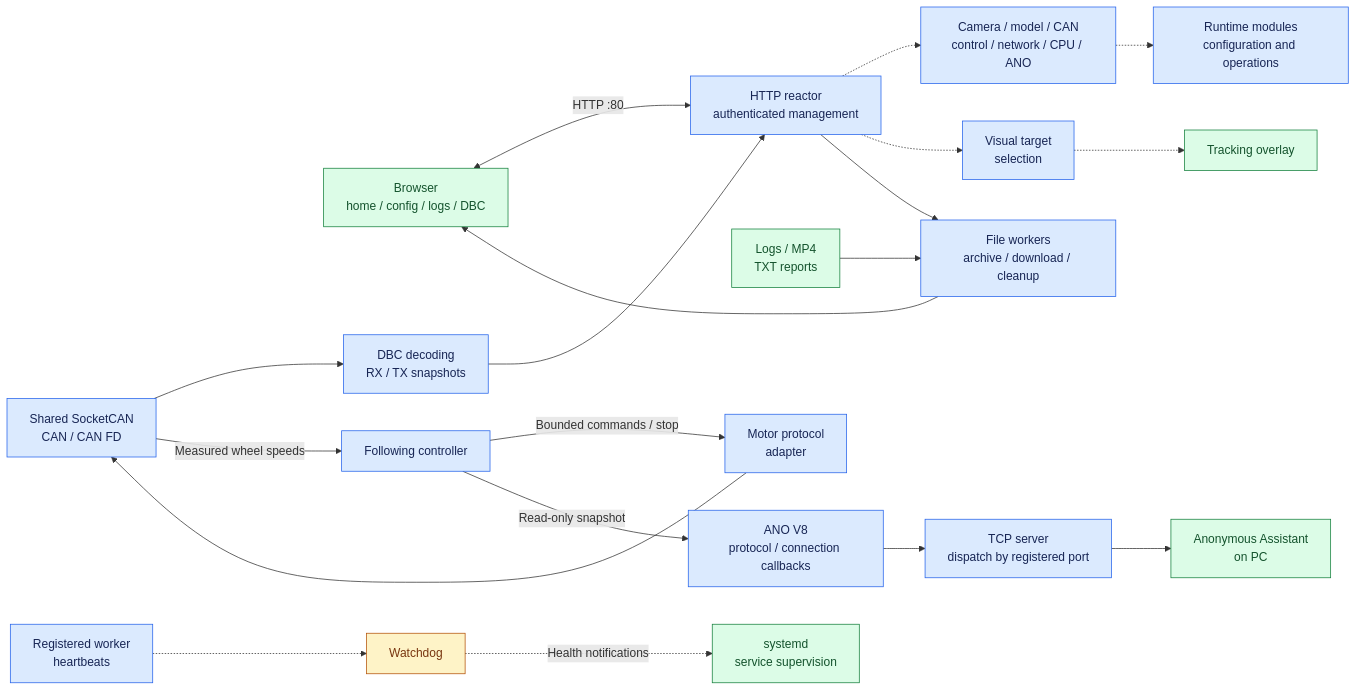
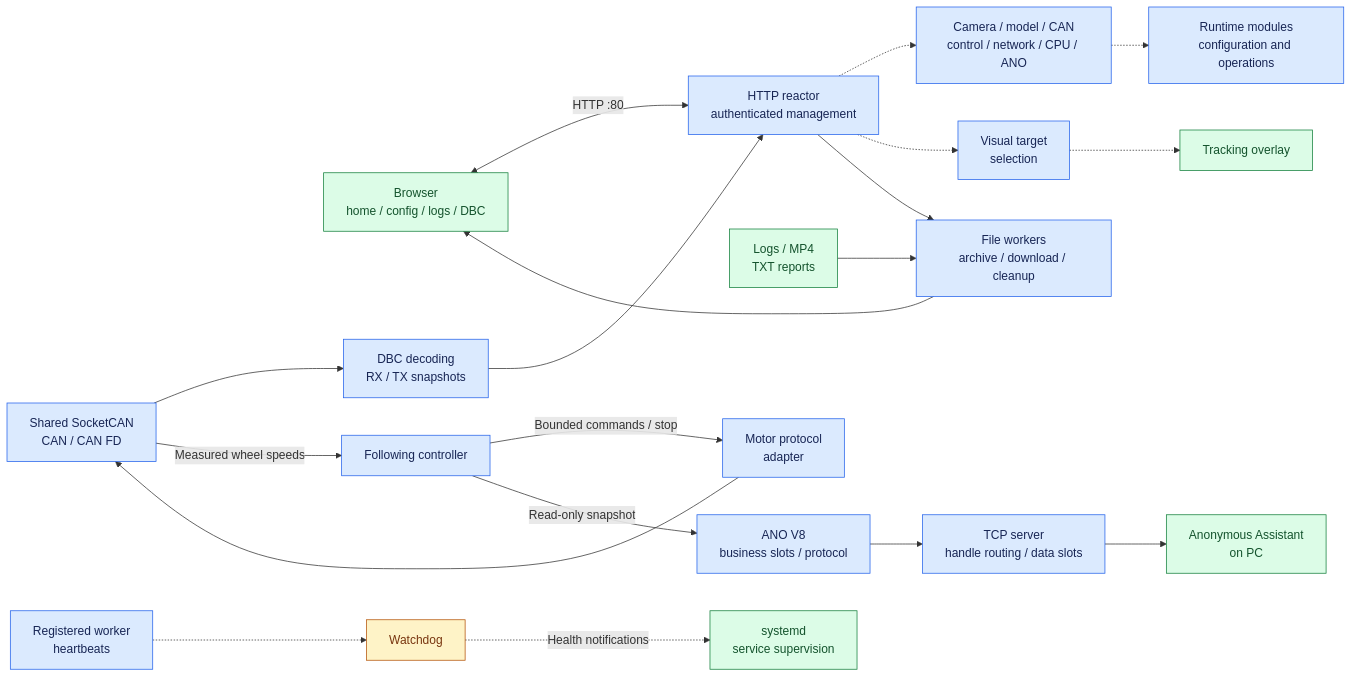
One commit to qianruo-orange/autonomous-driving-car changed the third of 7 diagrams in README.md. Above: the diagram before and after it, drawn with Mermaid. The commit also changed other lines of this file and 21 other files, not shown here.

Commit message:
Bind business handles to shared data slots and consolidate CAN TCP modules

````diff
--- a/README.md
+++ b/README.md
@@ -69,27 +69,27 @@
 ```mermaid
 flowchart LR
     Browser["Browser<br/>home / config / logs / DBC"] <-->|HTTP :80| HTTP["HTTP reactor<br/>authenticated management"]
     HTTP -.-> Settings["Camera / model / CAN<br/>control / network / CPU / ANO"]
     Settings -.-> Modules["Runtime modules<br/>configuration and operations"]
     HTTP -.-> Select["Visual target<br/>selection"]
     Select -.-> Overlay["Tracking overlay"]
     HTTP --> Files["File workers<br/>archive / download / cleanup"]
     Storage["Logs / MP4<br/>TXT reports"] --> Files
     Files --> Browser
     CAN["Shared SocketCAN<br/>CAN / CAN FD"] --> DBC["DBC decoding<br/>RX / TX snapshots"]
     DBC --> HTTP
     CAN -->|Measured wheel speeds| Follow["Following controller"]
     Follow -->|Bounded commands / stop| Adapter["Motor protocol<br/>adapter"]
     Adapter --> CAN
-    Follow -->|Read-only snapshot| ANO["ANO V8<br/>protocol / connection callbacks"]
-    ANO --> TCP["TCP server<br/>dispatch by registered port"]
+    Follow -->|Read-only snapshot| ANO["ANO V8<br/>business slots / protocol"]
+    ANO --> TCP["TCP server<br/>handle routing / data slots"]
     TCP --> PC["Anonymous Assistant<br/>on PC"]
     Workers["Registered worker<br/>heartbeats"] -.-> Watchdog["Watchdog"]
     Watchdog -.->|Health notifications| Systemd["systemd<br/>service supervision"]
     classDef process fill:#dbeafe,stroke:#2563eb,color:#172554
     classDef output fill:#dcfce7,stroke:#15803d,color:#14532d
     classDef check fill:#fef3c7,stroke:#b45309,color:#78350f
     class HTTP,Settings,Modules,Select,Files,CAN,DBC,Follow,Adapter,ANO,TCP,Workers process
     class Browser,Overlay,Storage,PC,Systemd output
     class Watchdog check
 ```
````
